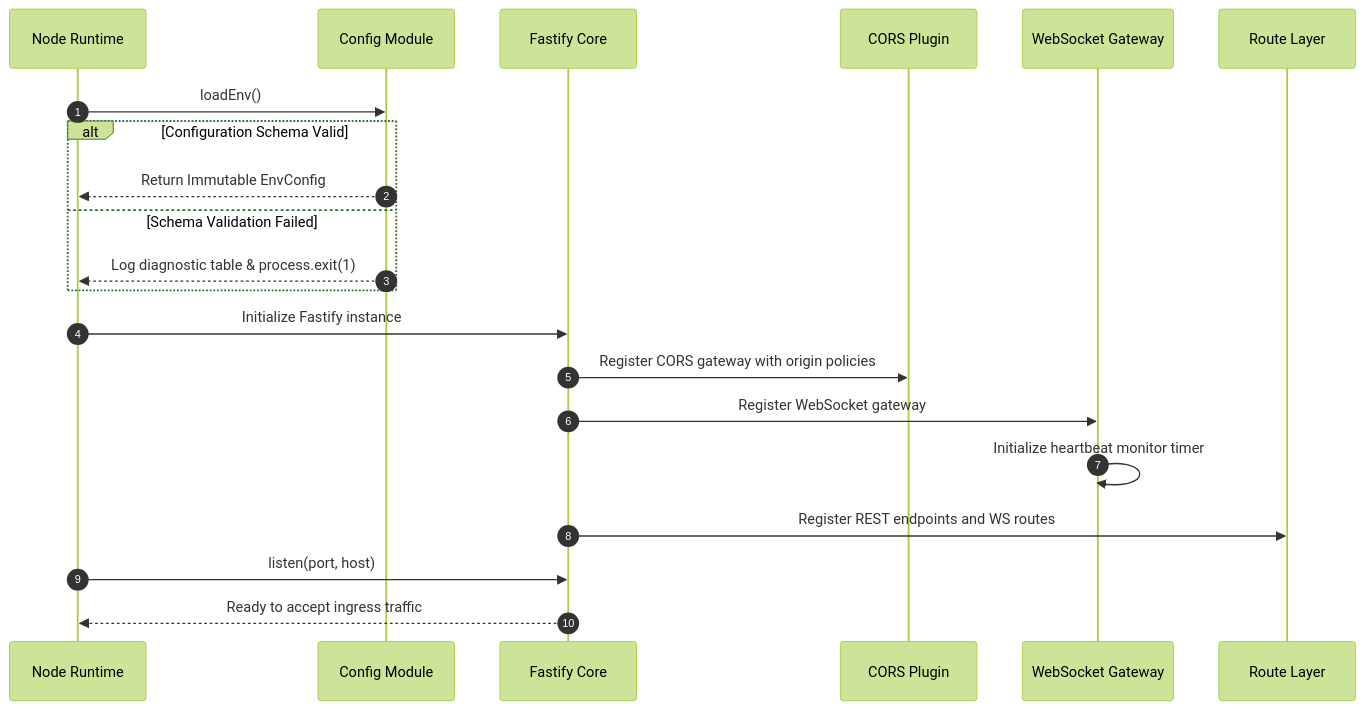
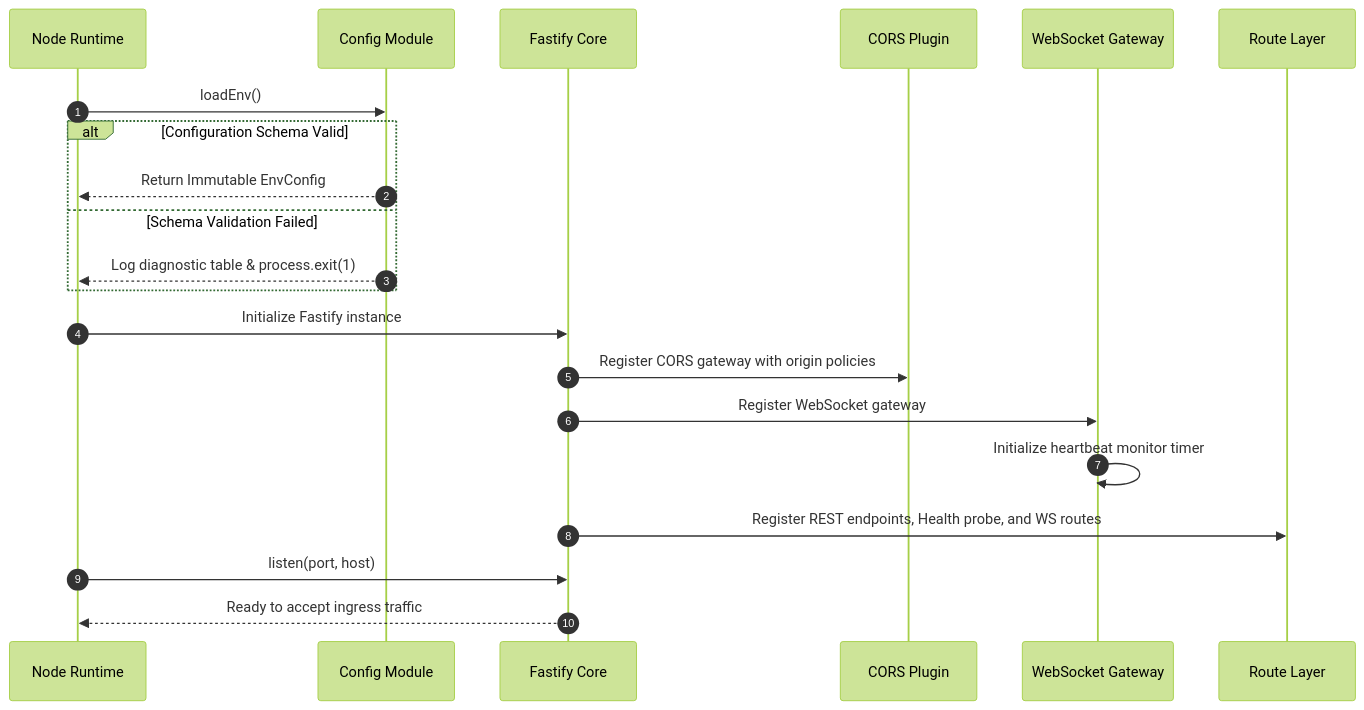
Before and after one commit to hrutavmodha/smex-store: the fourth of 4 diagrams in docs/internal/design/lld/core-plumbing.md, drawn with Mermaid (forest theme). The commit also changed other lines of this file and 8 other files, not shown here.

Commit message:
Refine roadmap

````diff
--- a/docs/internal/design/lld/core-plumbing.md
+++ b/docs/internal/design/lld/core-plumbing.md
@@ -248,25 +310,25 @@
 ```mermaid
 sequenceDiagram
     autonumber
     participant Runtime as Node Runtime
     participant Config as Config Module
     participant Server as Fastify Core
     participant CORS as CORS Plugin
     participant WS as WebSocket Gateway
     participant Routes as Route Layer
 
     Runtime->>Config: loadEnv()
     alt Configuration Schema Valid
         Config-->>Runtime: Return Immutable EnvConfig
     else Schema Validation Failed
         Config-->>Runtime: Log diagnostic table & process.exit(1)
     end
 
     Runtime->>Server: Initialize Fastify instance
     Server->>CORS: Register CORS gateway with origin policies
     Server->>WS: Register WebSocket gateway
     WS->>WS: Initialize heartbeat monitor timer
-    Server->>Routes: Register REST endpoints and WS routes
+    Server->>Routes: Register REST endpoints, Health probe, and WS routes
     Runtime->>Server: listen(port, host)
     Server-->>Runtime: Ready to accept ingress traffic
 ```
````
